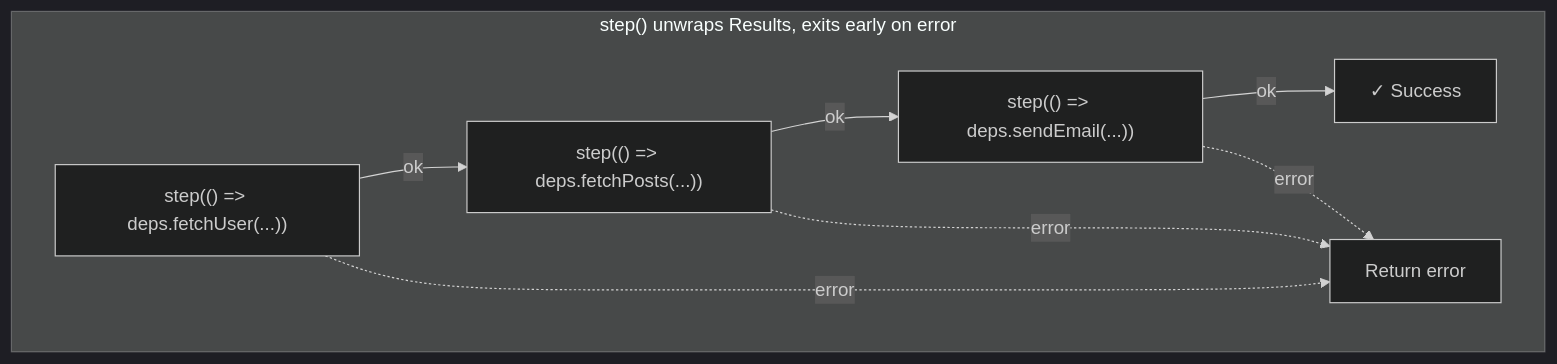
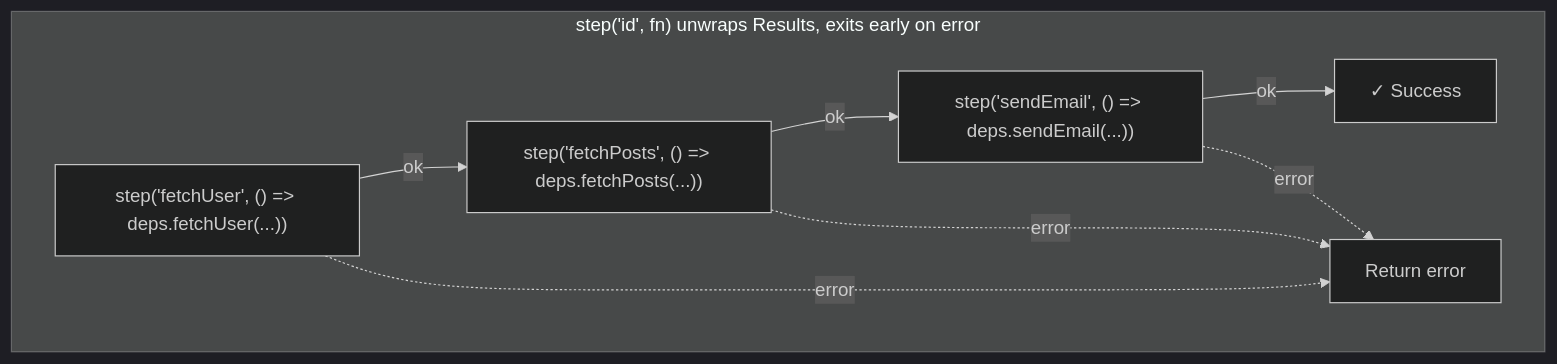
One commit to jagreehal/awaitly changed the diagram in README.md. Above: the diagram before and after it, drawn with Mermaid (dark theme). The commit also changed other lines of this file and 94 other files, not shown here.

````diff
--- a/README.md
+++ b/README.md
@@ -192,12 +192,12 @@
 ```mermaid
 flowchart TD
-    subgraph "step() unwraps Results, exits early on error"
-        S1["step(() => deps.fetchUser(...))"] -->|ok| S2["step(() => deps.fetchPosts(...))"]
-        S2 -->|ok| S3["step(() => deps.sendEmail(...))"]
+    subgraph "step('id', fn) unwraps Results, exits early on error"
+        S1["step('fetchUser', () => deps.fetchUser(...))"] -->|ok| S2["step('fetchPosts', () => deps.fetchPosts(...))"]
+        S2 -->|ok| S3["step('sendEmail', () => deps.sendEmail(...))"]
         S3 -->|ok| S4["✓ Success"]
 
         S1 -.->|error| EXIT["Return error"]
         S2 -.->|error| EXIT
         S3 -.->|error| EXIT
     end
 ```
````
